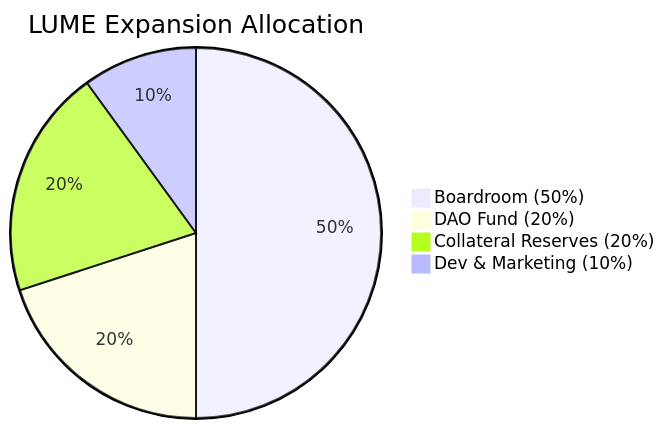
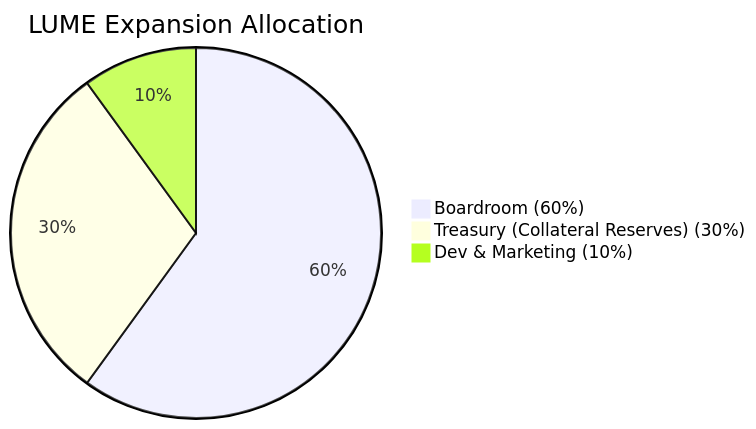
Before and after one commit to lume-fi/lumefi-contracts: the second of 2 diagrams in README.md, drawn with Mermaid. The commit also changed other lines of this file, not shown here.

````diff
--- a/README.md
+++ b/README.md
@@ -148,8 +125,7 @@
 ```mermaid
 pie
     title LUME Expansion Allocation
-    "Boardroom (50%)": 50
-    "DAO Fund (20%)": 20
-    "Collateral Reserves (20%)": 20
+    "Boardroom (60%)": 60
+    "Treasury (Collateral Reserves) (30%)": 30
     "Dev & Marketing (10%)": 10
 ```
````
